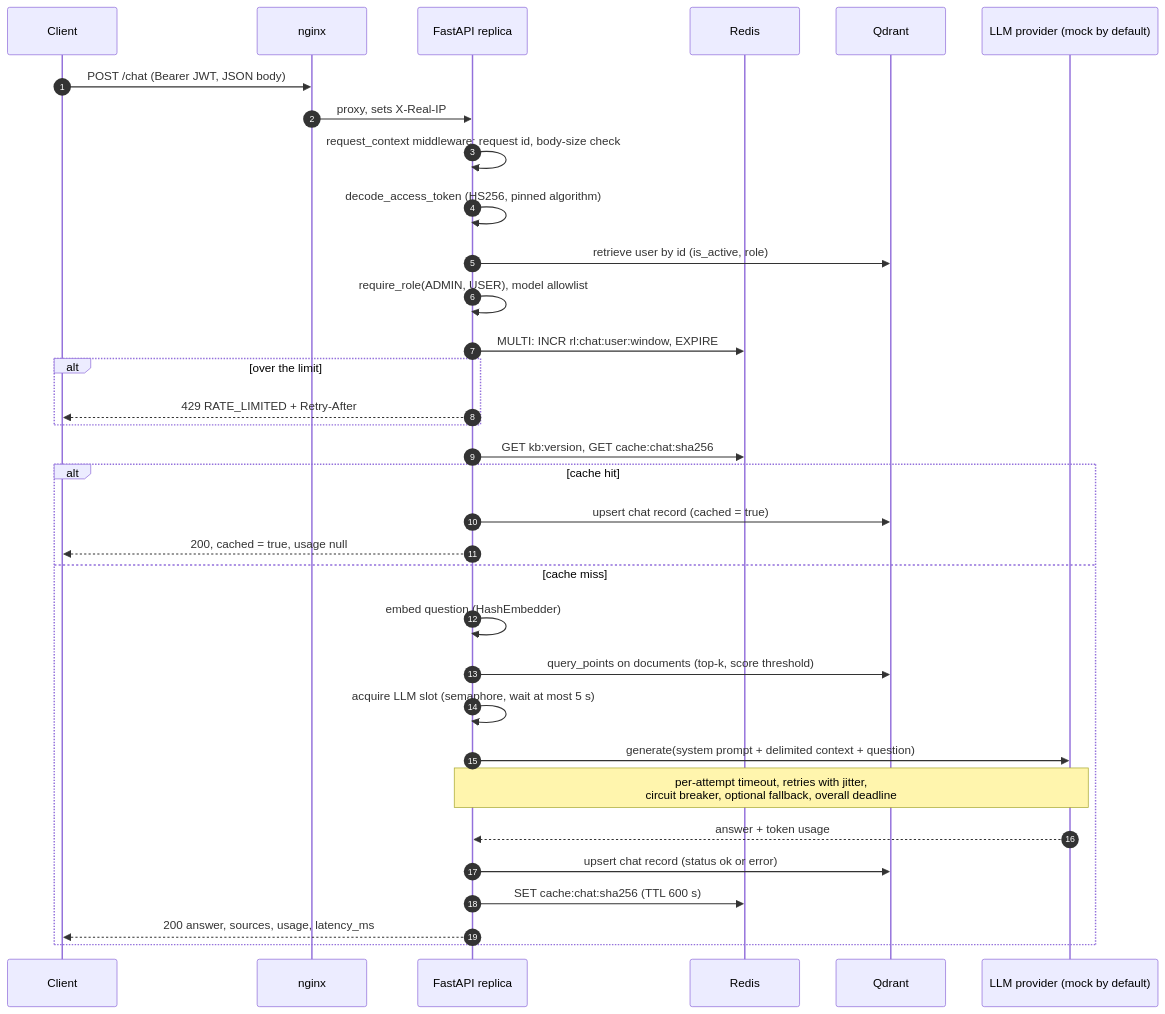
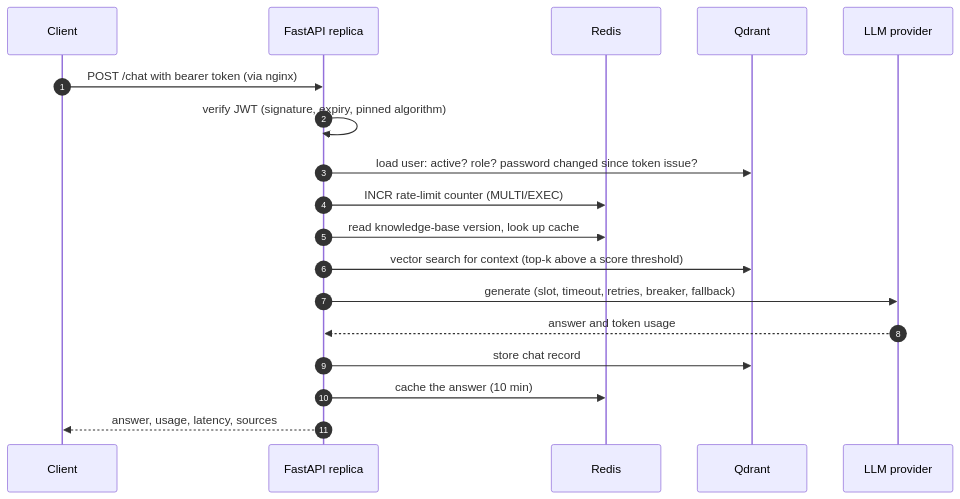
The second of 4 diagrams in docs/technical-report.md (PAwan564890/AI_Question_Answer_Platform), drawn with Mermaid before and after one commit. The commit also changed other lines of this file and 13 other files, not shown here.

````diff
--- a/docs/technical-report.md
+++ b/docs/technical-report.md
@@ -212,36 +207,20 @@
 ```mermaid
 sequenceDiagram
     autonumber
     participant C as Client
-    participant N as nginx
     participant A as FastAPI replica
     participant R as Redis
     participant Q as Qdrant
-    participant L as LLM provider (mock by default)
-
-    C->>N: POST /chat (Bearer JWT, JSON body)
-    N->>A: proxy, sets X-Real-IP
-    A->>A: request_context middleware: request id, body-size check
-    A->>A: decode_access_token (HS256, pinned algorithm)
-    A->>Q: retrieve user by id (is_active, role)
-    A->>A: require_role(ADMIN, USER), model allowlist
-    A->>R: MULTI: INCR rl:chat:user:window, EXPIRE
-    alt over the limit
-        A-->>C: 429 RATE_LIMITED + Retry-After
-    end
-    A->>R: GET kb:version, GET cache:chat:sha256
-    alt cache hit
-        A->>Q: upsert chat record (cached = true)
-        A-->>C: 200, cached = true, usage null
-    else cache miss
-        A->>A: embed question (HashEmbedder)
-        A->>Q: query_points on documents (top-k, score threshold)
-        A->>A: acquire LLM slot (semaphore, wait at most 5 s)
-        A->>L: generate(system prompt + delimited context + question)
-        Note over A,L: per-attempt timeout, retries with jitter,<br/>circuit breaker, optional fallback, overall deadline
-        L-->>A: answer + token usage
-        A->>Q: upsert chat record (status ok or error)
-        A->>R: SET cache:chat:sha256 (TTL 600 s)
-        A-->>C: 200 answer, sources, usage, latency_ms
-    end
+    participant L as LLM provider
+    C->>A: POST /chat with bearer token (via nginx)
+    A->>A: verify JWT (signature, expiry, pinned algorithm)
+    A->>Q: load user: active? role? password changed since token issue?
+    A->>R: INCR rate-limit counter (MULTI/EXEC)
+    A->>R: read knowledge-base version, look up cache
+    A->>Q: vector search for context (top-k above a score threshold)
+    A->>L: generate (slot, timeout, retries, breaker, fallback)
+    L-->>A: answer and token usage
+    A->>Q: store chat record
+    A->>R: cache the answer (10 min)
+    A-->>C: answer, usage, latency, sources
 ```
````
